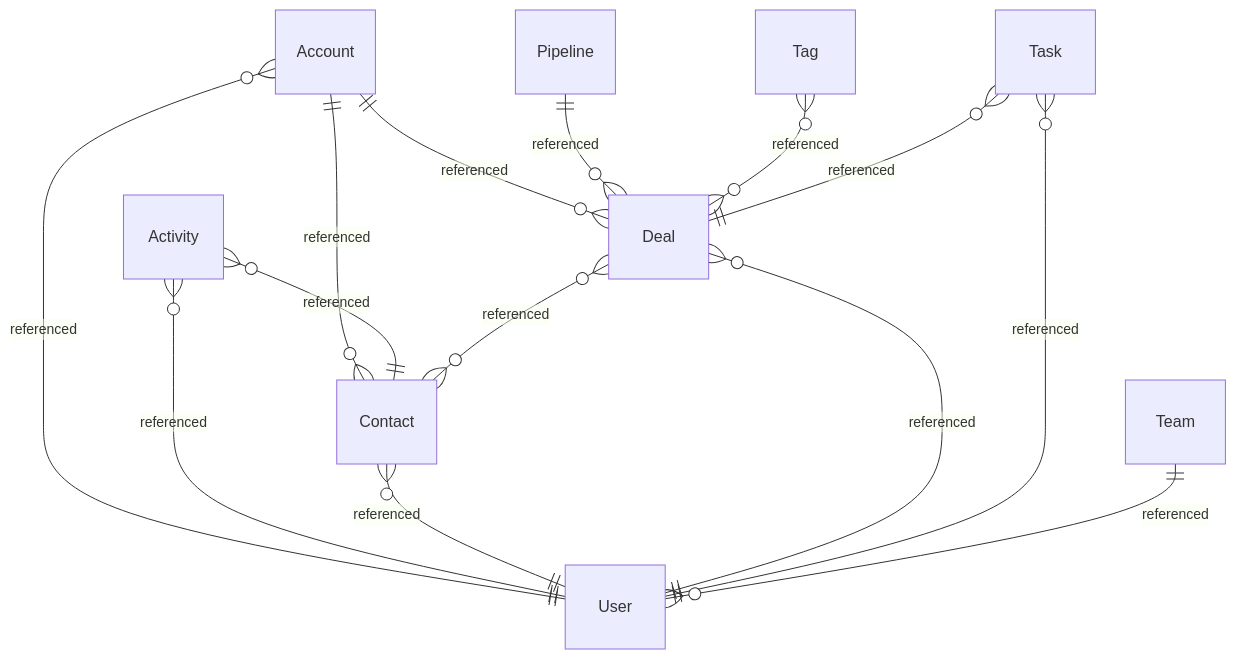
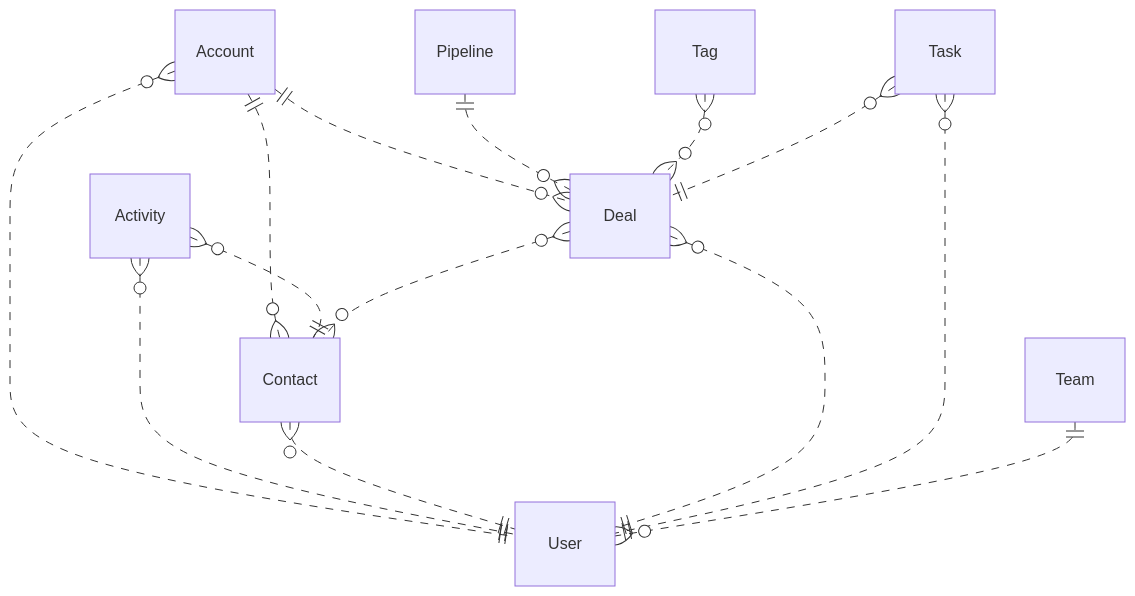
One commit to RamXX/machinery changed the diagram in examples/go-crm/design/domain.modelith.md. Above: the diagram before and after it, drawn with Mermaid. The commit also changed 15 other files, not shown here.

````diff
--- a/examples/go-crm/design/domain.modelith.md
+++ b/examples/go-crm/design/domain.modelith.md
@@ -325,25 +325,25 @@
 ```mermaid
 erDiagram
     Account {}
     Activity {}
     Contact {}
     Deal {}
     Pipeline {}
     Tag {}
     Task {}
     Team {}
     User {}
-    Account ||--o{ Contact : "referenced"
-    Account ||--o{ Deal : "referenced"
-    Account }o--|| User : "referenced"
-    Activity }o--|| User : "referenced"
-    Activity }o--|| Contact : "referenced"
-    Contact }o--|| User : "referenced"
-    Deal }o--|| User : "referenced"
-    Deal }o--o{ Contact : "referenced"
-    Pipeline ||--o{ Deal : "referenced"
-    Tag }o--o{ Deal : "referenced"
-    Task }o--|| User : "referenced"
-    Task }o--|| Deal : "referenced"
-    Team ||--o{ User : "referenced"
+    Account ||..o{ Contact : ""
+    Account ||..o{ Deal : ""
+    Account }o..|| User : ""
+    Activity }o..|| User : ""
+    Activity }o..|| Contact : ""
+    Contact }o..|| User : ""
+    Deal }o..|| User : ""
+    Deal }o..o{ Contact : ""
+    Pipeline ||..o{ Deal : ""
+    Tag }o..o{ Deal : ""
+    Task }o..|| User : ""
+    Task }o..|| Deal : ""
+    Team ||..o{ User : ""
 ```
````
